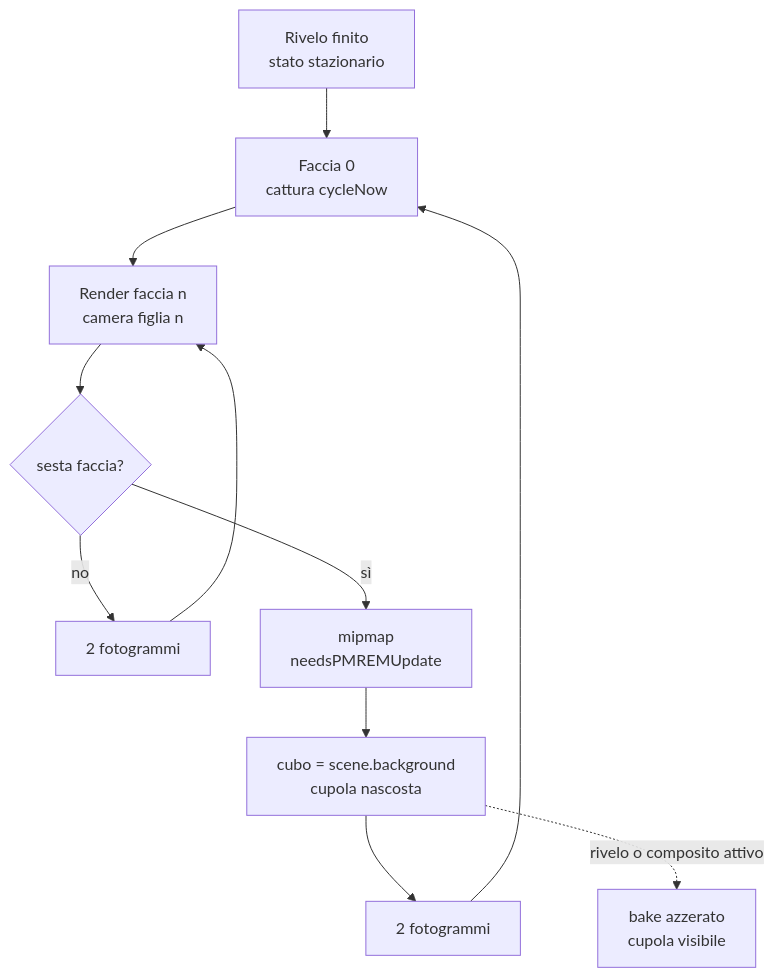
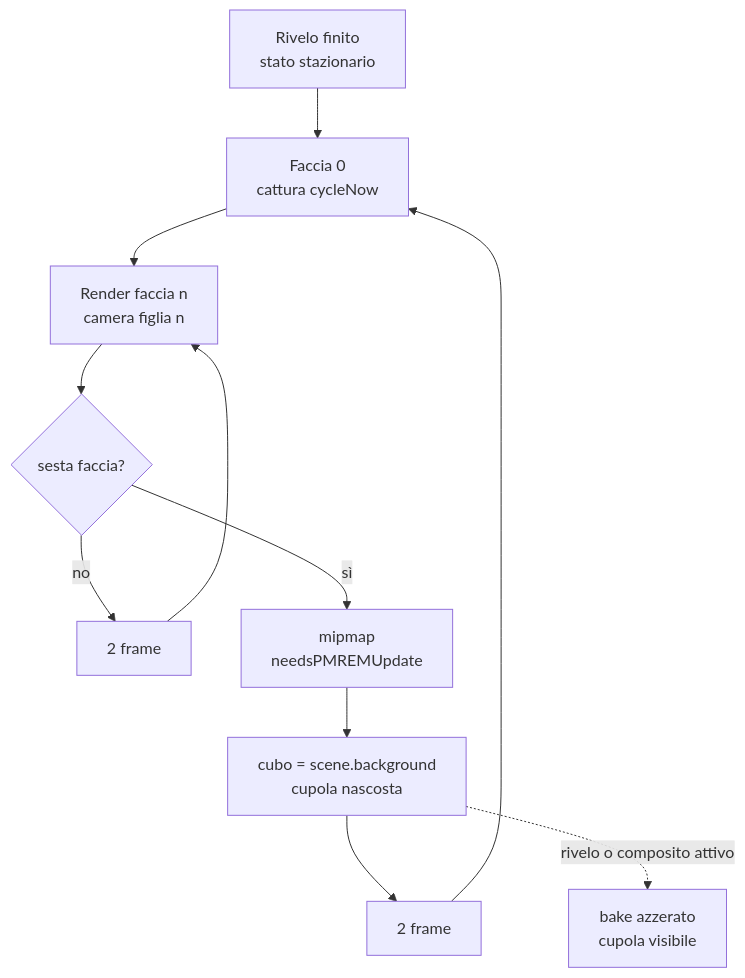
Before and after one commit to ale-ehp/retro-future: the diagram in doc/docs/come-funziona/cielo-e-atmosfera.mdx, drawn with Mermaid. The commit also changed other lines of this file and 22 other files, not shown here.

````diff
--- a/doc/docs/come-funziona/cielo-e-atmosfera.mdx
+++ b/doc/docs/come-funziona/cielo-e-atmosfera.mdx
@@ -129,11 +121,11 @@
 ```mermaid
 flowchart TB
   A[Rivelo finito<br/>stato stazionario] --> B[Faccia 0<br/>cattura cycleNow]
   B --> C[Render faccia n<br/>camera figlia n]
   C --> D{sesta faccia?}
-  D -- no --> E[2 fotogrammi] --> C
+  D -- no --> E[2 frame] --> C
   D -- sì --> F[mipmap<br/>needsPMREMUpdate]
   F --> G[cubo = scene.background<br/>cupola nascosta]
-  G --> H[2 fotogrammi] --> B
+  G --> H[2 frame] --> B
   G -. rivelo o composito attivo .-> I[bake azzerato<br/>cupola visibile]
 ```
````
